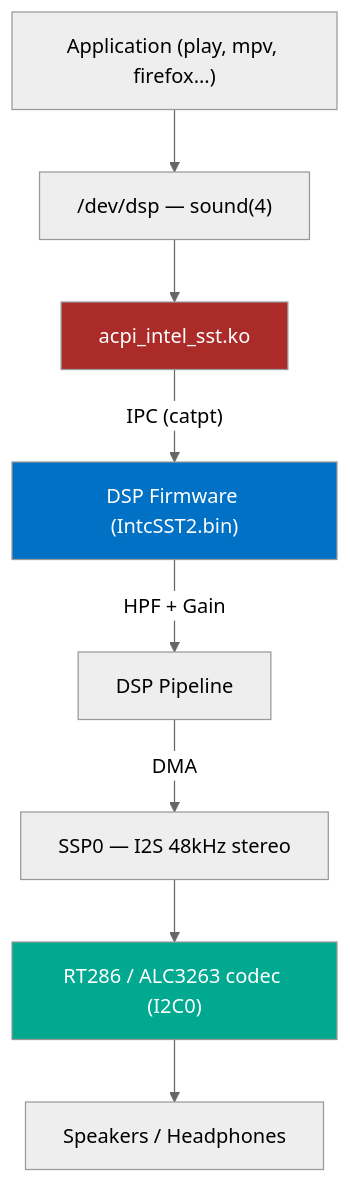
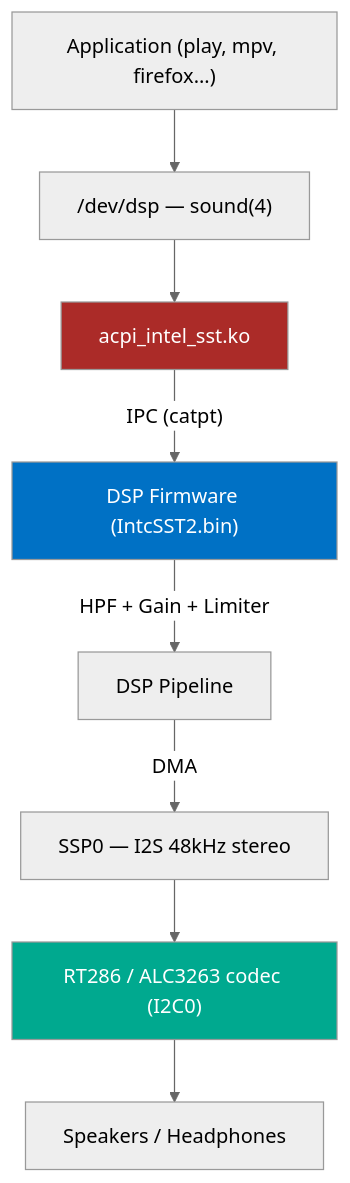
The first of 12 diagrams in DIAGRAMS.md (spagu/acpi_intel_sst), drawn with Mermaid (neutral theme) before and after one commit. The commit also changed 10 other files, not shown here.

````diff
--- a/DIAGRAMS.md
+++ b/DIAGRAMS.md
@@ -9,14 +9,14 @@
 ```mermaid
 graph TD
     A["Application (play, mpv, firefox...)"] --> B["/dev/dsp — sound(4)"]
     B --> C["acpi_intel_sst.ko"]
     C -->|"IPC (catpt)"| D["DSP Firmware (IntcSST2.bin)"]
-    D -->|"HPF + Gain"| D2["DSP Pipeline"]
+    D -->|"HPF + Gain + Limiter"| D2["DSP Pipeline"]
     D2 -->|"DMA"| E["SSP0 — I2S 48kHz stereo"]
     E --> F["RT286 / ALC3263 codec (I2C0)"]
     F --> G["Speakers / Headphones"]
 
     style C fill:#AB2B28,color:#fff
     style D fill:#0071C5,color:#fff
     style F fill:#00A98F,color:#fff
 ```
````
